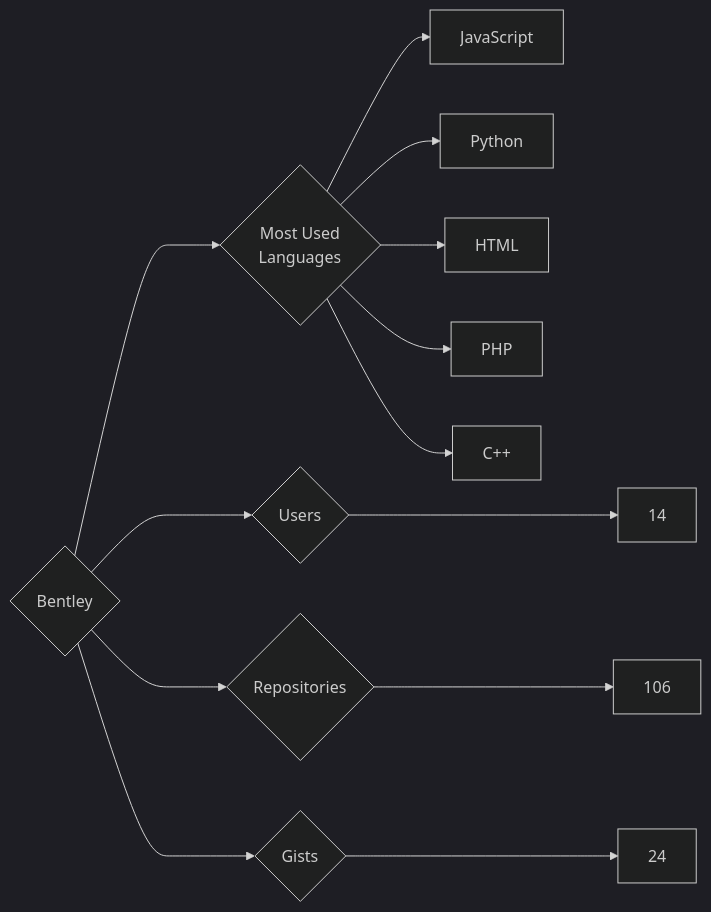
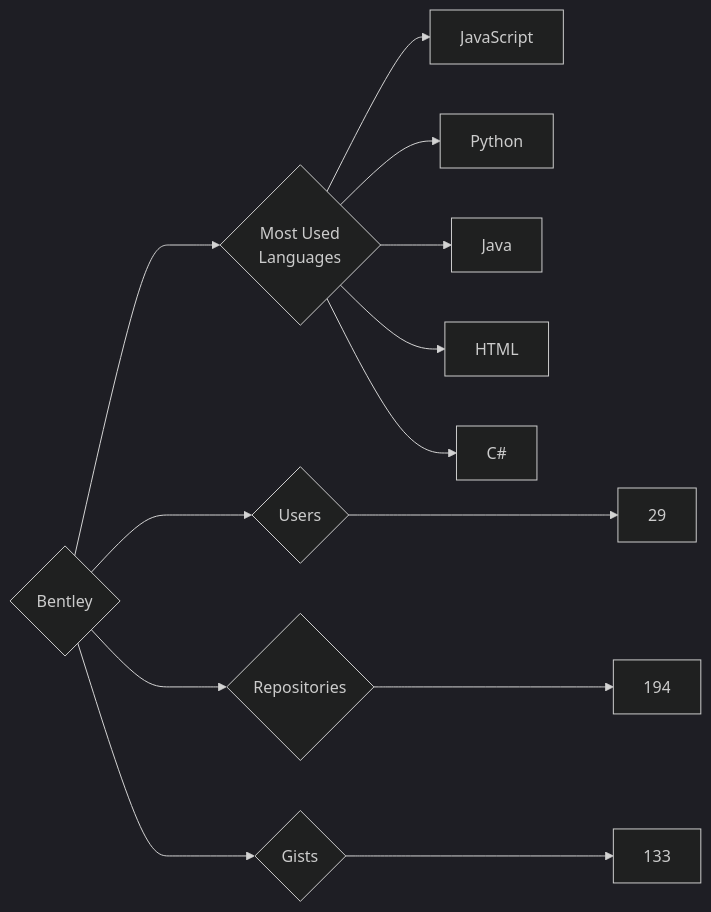
One commit to trickest/insiders changed the diagram in targets/Bentley/README.md. Above: the diagram before and after it, drawn with Mermaid (dark theme). The commit also changed 682 other files, not shown here.

````diff
--- a/targets/Bentley/README.md
+++ b/targets/Bentley/README.md
@@ -3,13 +3,13 @@
 ```mermaid
 graph LR
 COMPANY_NAME{Bentley}
-COMPANY_NAME ---> U{Users} ---> UN[14]
-COMPANY_NAME ---> R{Repositories} ---> RN[106]
-COMPANY_NAME ---> G{Gists} ---> GN[24]
+COMPANY_NAME ---> U{Users} ---> UN[29]
+COMPANY_NAME ---> R{Repositories} ---> RN[194]
+COMPANY_NAME ---> G{Gists} ---> GN[133]
 COMPANY_NAME ---> ML{Most Used<br>Languages}
 ML --> JavaScript[JavaScript]
 ML --> Python[Python]
+ML --> Java[Java]
 ML --> HTML[HTML]
-ML --> PHP[PHP]
-ML --> C++[C++]
+ML --> C#[C#]
 ```
````
